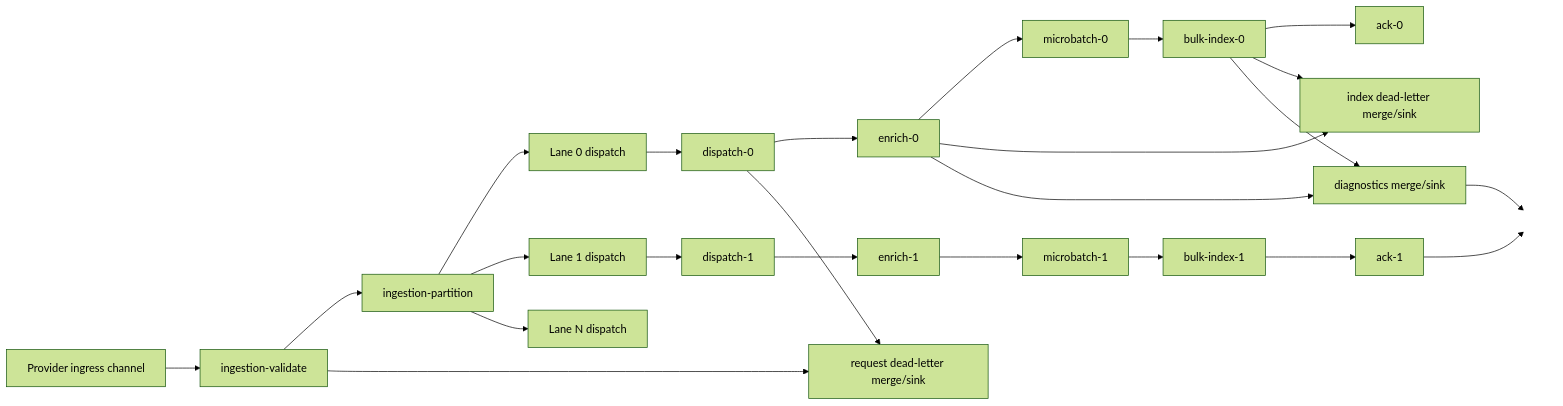
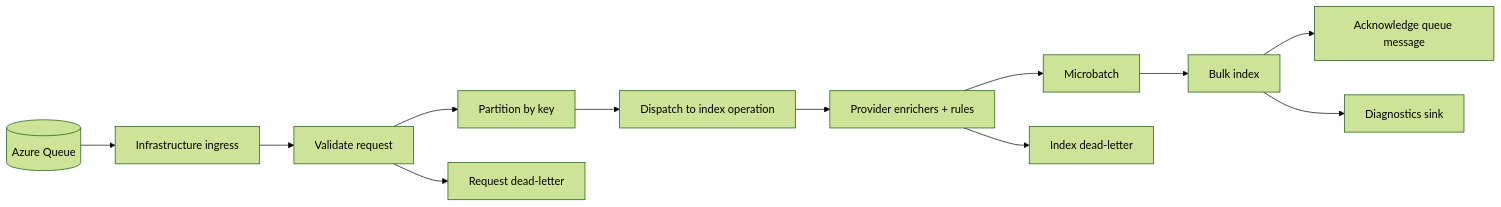
Before and after one commit to UKHO/UKHO.ADDS.Search: the first of 2 diagrams in wiki/Ingestion-Pipeline.md, drawn with Mermaid (forest theme). The commit also changed other lines of this file and 2892 other files, not shown here.

````diff
--- a/wiki/Ingestion-Pipeline.md
+++ b/wiki/Ingestion-Pipeline.md
@@ -27,33 +33,14 @@
 ```mermaid
 flowchart LR
-    SRC[Provider ingress channel] --> VAL[ingestion-validate]
-    VAL --> PART[ingestion-partition]
-
-    PART --> L0[Lane 0 dispatch]
-    PART --> L1[Lane 1 dispatch]
-    PART --> LN[Lane N dispatch]
-
-    L0 --> D0[dispatch-0]
-    D0 --> E0[enrich-0]
-    E0 --> MB0[microbatch-0]
-    MB0 --> BI0[bulk-index-0]
-    BI0 --> ACK0[ack-0]
-
-    L1 --> D1[dispatch-1]
-    D1 --> E1[enrich-1]
-    E1 --> MB1[microbatch-1]
-    MB1 --> BI1[bulk-index-1]
-    BI1 --> ACK1[ack-1]
-
-    VAL --> DLR1[request dead-letter merge/sink]
-    D0 --> DLR1
-    E0 --> DLR2[index dead-letter merge/sink]
-    BI0 --> DLR2
-    E0 --> DIAG[diagnostics merge/sink]
-    BI0 --> DIAG
-    ACK1 --> PAD[ ]
-    DIAG --> PAD
-
-    classDef hidden fill:#ffffff,stroke:#ffffff,color:#ffffff;
-    class PAD hidden;
+    Queue[(Azure Queue)] --> Infra[Infrastructure ingress]
+    Infra --> Validate[Validate request]
+    Validate --> Partition[Partition by key]
+    Partition --> Dispatch[Dispatch to index operation]
+    Dispatch --> Enrich[Provider enrichers + rules]
+    Enrich --> Batch[Microbatch]
+    Batch --> Index[Bulk index]
+    Index --> Ack[Acknowledge queue message]
+    Validate --> RequestDlq[Request dead-letter]
+    Enrich --> IndexDlq[Index dead-letter]
+    Index --> Diag[Diagnostics sink]
 ```
````
